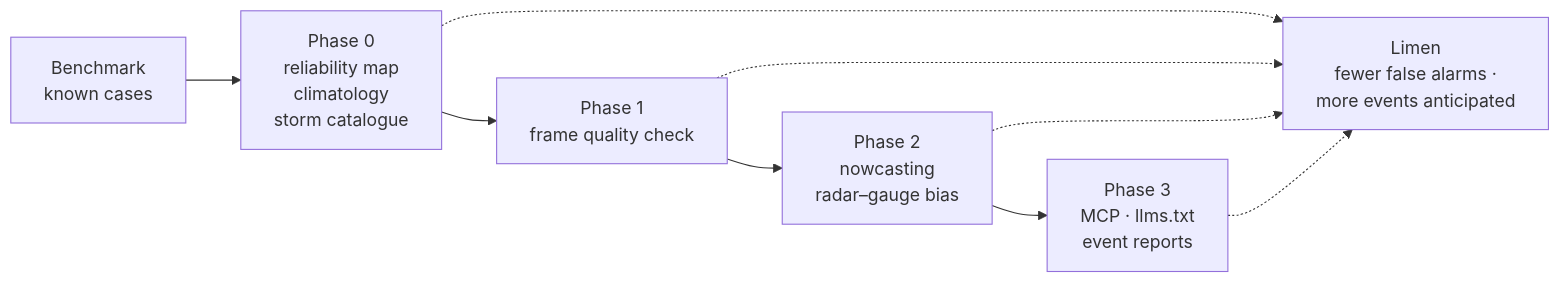
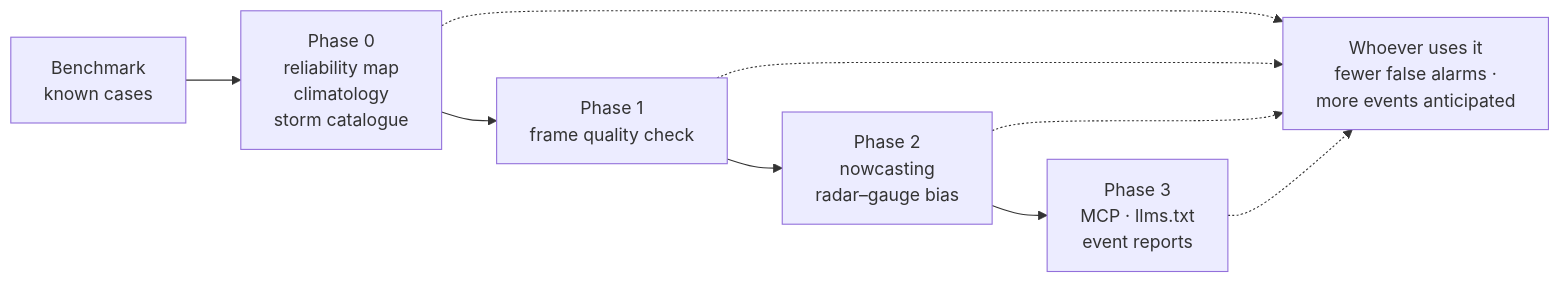
Before and after one commit to agent-engineering-studio/dpc-radar: the fifth of 5 diagrams in README.md, drawn with Mermaid. The commit also changed other lines of this file and 28 other files, not shown here.

````diff
--- a/README.md
+++ b/README.md
@@ -993,8 +1064,8 @@
 ```mermaid
 flowchart LR
     B["Benchmark<br/>known cases"] --> P0["Phase 0<br/>reliability map<br/>climatology<br/>storm catalogue"]
     P0 --> P1["Phase 1<br/>frame quality check"]
     P1 --> P2["Phase 2<br/>nowcasting<br/>radar–gauge bias"]
     P2 --> P3["Phase 3<br/>MCP · llms.txt<br/>event reports"]
-    P0 & P1 & P2 & P3 -.-> L["Limen<br/>fewer false alarms ·<br/>more events anticipated"]
+    P0 & P1 & P2 & P3 -.-> L["Whoever uses it<br/>fewer false alarms ·<br/>more events anticipated"]
 ```
````
